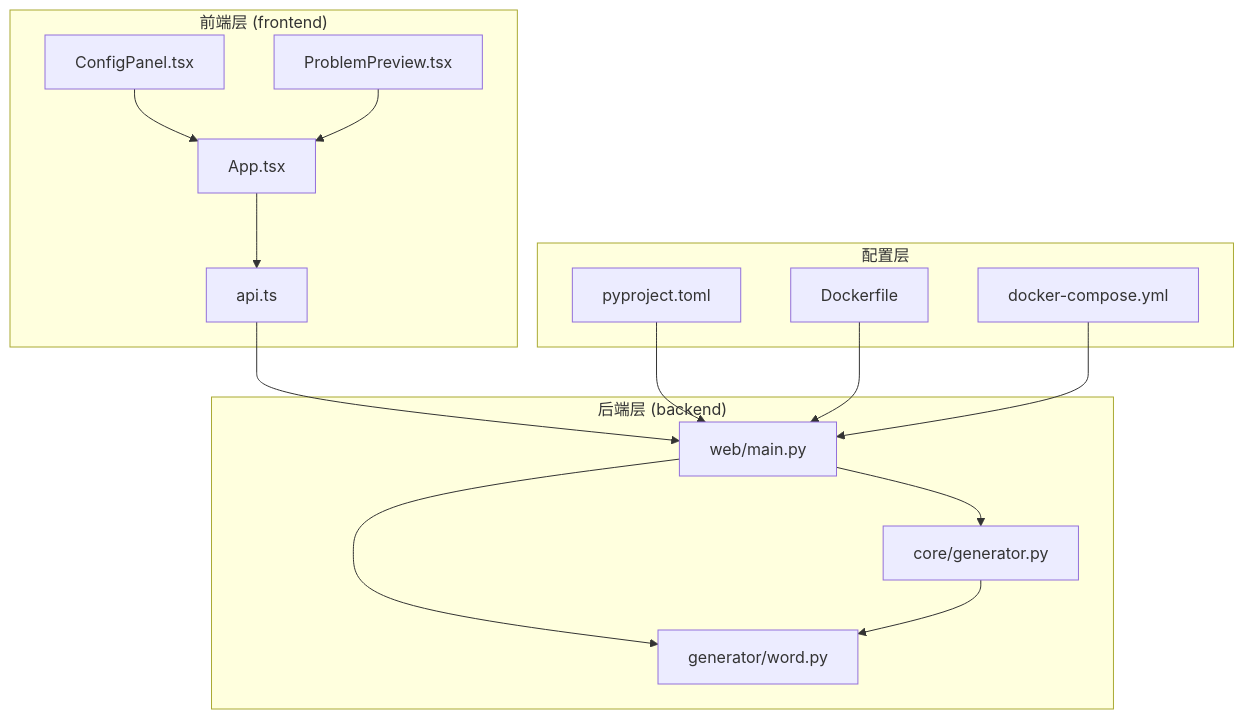
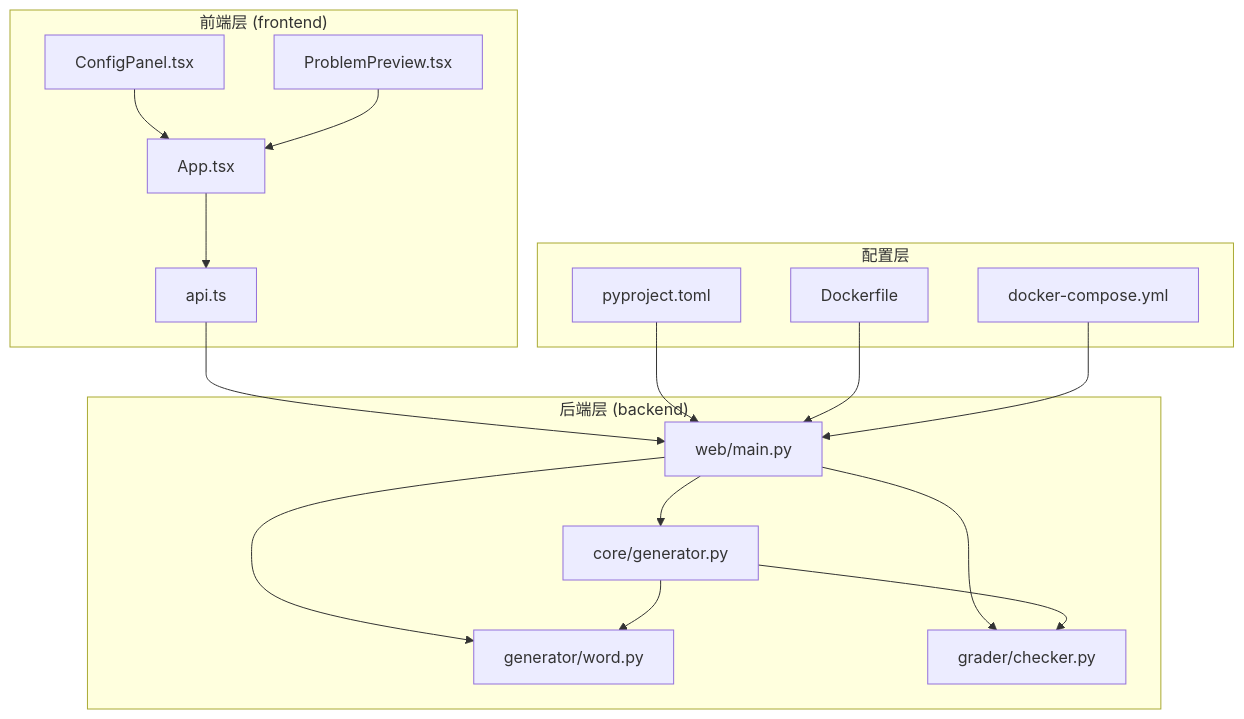
Before and after one commit to SimonWHL/math-learning: the first of 9 diagrams in .qoder/repowiki/zh/content/项目结构/核心生成器.md, drawn with Mermaid. The commit also changed other lines of this file and 17 other files, not shown here.

````diff
--- a/.qoder/repowiki/zh/content/项目结构/核心生成器.md
+++ b/.qoder/repowiki/zh/content/项目结构/核心生成器.md
@@ -44,29 +56,32 @@
 ```mermaid
 graph TB
 subgraph "前端层 (frontend)"
 FE_App[App.tsx]
 FE_Config[ConfigPanel.tsx]
 FE_Preview[ProblemPreview.tsx]
 FE_API[api.ts]
 end
 subgraph "后端层 (backend)"
 BE_API[web/main.py]
 BE_Core[core/generator.py]
 BE_Word[generator/word.py]
+BE_Grader[grader/checker.py]
 end
 subgraph "配置层"
 Config_py[pyproject.toml]
 Config_docker[Dockerfile]
 Config_compose[docker-compose.yml]
 end
 FE_App --> FE_API
 FE_Config --> FE_App
 FE_Preview --> FE_App
 FE_API --> BE_API
 BE_API --> BE_Core
 BE_API --> BE_Word
+BE_API --> BE_Grader
 BE_Core --> BE_Word
+BE_Core --> BE_Grader
 Config_py --> BE_API
 Config_docker --> BE_API
 Config_compose --> BE_API
 ```
````
